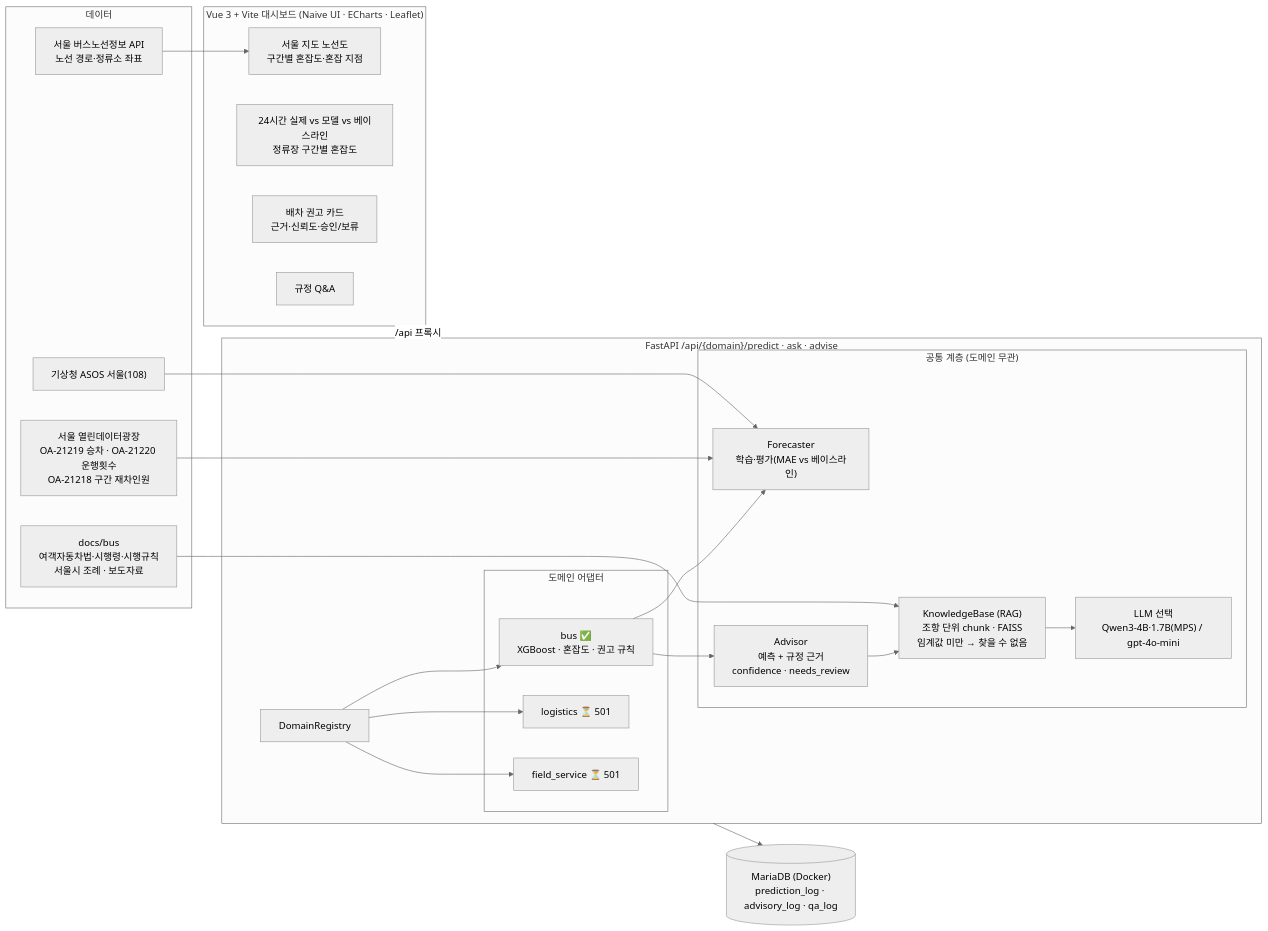
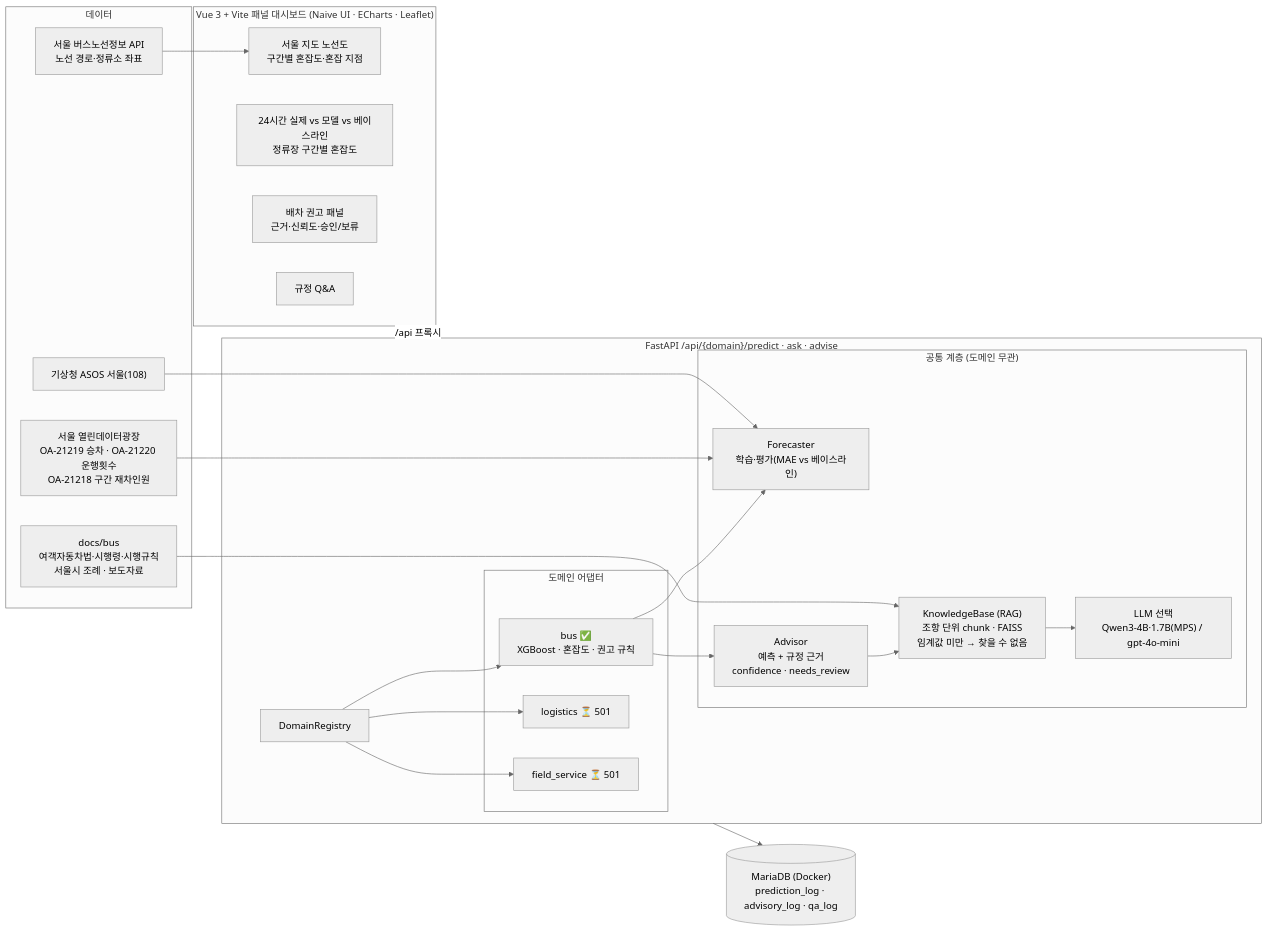
Before and after one commit to hyeonmi999/dispatch-ai: the diagram in README.md, drawn with Mermaid (neutral theme). The commit also changed other lines of this file, not shown here.

````diff
--- a/README.md
+++ b/README.md
@@ -18,42 +18,42 @@
 ```mermaid
 flowchart LR
-    subgraph FE["Vue 3 + Vite 대시보드 (Naive UI · ECharts · Leaflet)"]
+    subgraph FE["Vue 3 + Vite 패널 대시보드 (Naive UI · ECharts · Leaflet)"]
         MAP["서울 지도 노선도<br/>구간별 혼잡도·혼잡 지점"]
         CHART["24시간 실제 vs 모델 vs 베이스라인<br/>정류장 구간별 혼잡도"]
-        CARD["배차 권고 카드<br/>근거·신뢰도·승인/보류"]
+        CARD["배차 권고 패널<br/>근거·신뢰도·승인/보류"]
         QA["규정 Q&A"]
     end
 
     subgraph API["FastAPI  /api/{domain}/predict · ask · advise"]
         REG["DomainRegistry"]
         subgraph CORE["공통 계층 (도메인 무관)"]
             FC["Forecaster<br/>학습·평가(MAE vs 베이스라인)"]
             KB["KnowledgeBase (RAG)<br/>조항 단위 chunk · FAISS<br/>임계값 미만 → 찾을 수 없음"]
             ADV["Advisor<br/>예측 + 규정 근거<br/>confidence · needs_review"]
             LLM["LLM 선택<br/>Qwen3-4B·1.7B(MPS) / gpt-4o-mini"]
         end
         subgraph DOM["도메인 어댑터"]
             BUS["bus ✅<br/>XGBoost · 혼잡도 · 권고 규칙"]
             LOG["logistics ⏳ 501"]
             FS["field_service ⏳ 501"]
         end
     end
 
     subgraph DATA["데이터"]
         SEOUL["서울 열린데이터광장<br/>OA-21219 승차 · OA-21220 운행횟수<br/>OA-21218 구간 재차인원"]
         KMA["기상청 ASOS 서울(108)"]
         BUSAPI["서울 버스노선정보 API<br/>노선 경로·정류소 좌표"]
         DOCS["docs/bus<br/>여객자동차법·시행령·시행규칙<br/>서울시 조례 · 보도자료"]
     end
 
     DB[("MariaDB (Docker)<br/>prediction_log · advisory_log · qa_log")]
 
     FE -->|/api 프록시| API
     REG --> BUS & LOG & FS
     BUS --> FC & ADV
     ADV --> KB --> LLM
     SEOUL & KMA --> FC
     BUSAPI --> MAP
     DOCS --> KB
     API --> DB
 ```
````
